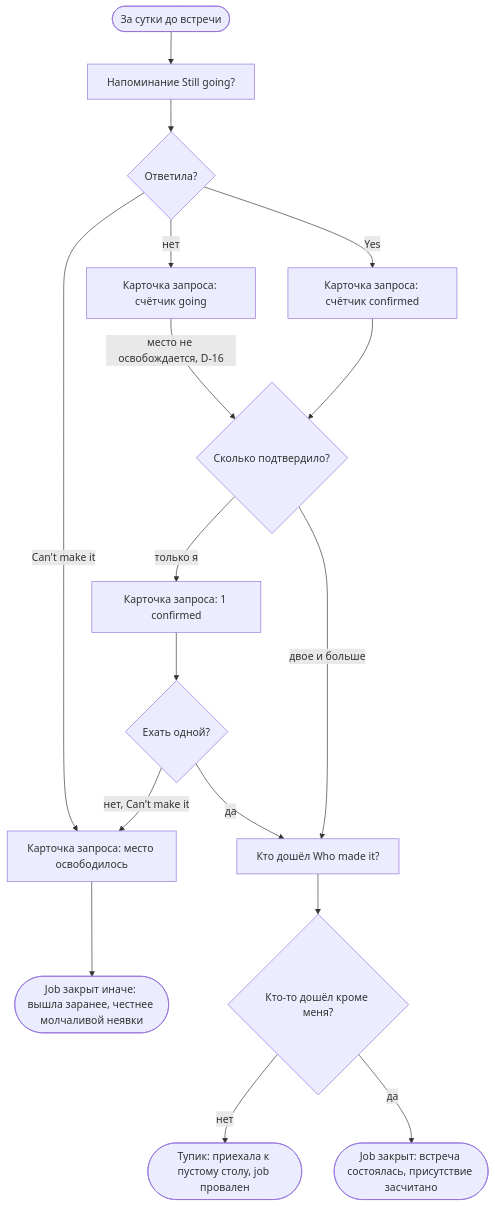
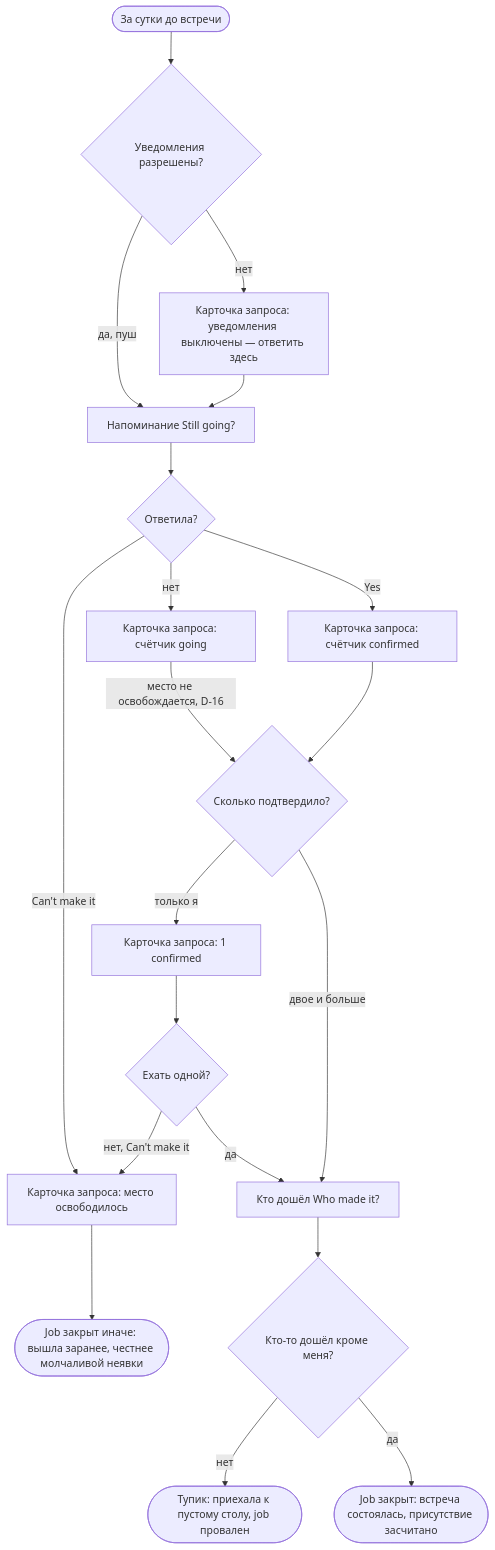
One commit to yulyaklim16-spec/meetmates changed the fifth of 5 diagrams in flows.md. Above: the diagram before and after it, drawn with Mermaid. The commit also changed other lines of this file and 3 other files, not shown here.

````diff
--- a/flows.md
+++ b/flows.md
@@ -650,23 +660,26 @@
 ```mermaid
 flowchart TD
-    Start([За сутки до встречи]) --> Remind[Напоминание Still going?]
+    Start([За сутки до встречи]) --> Notif{Уведомления разрешены?}
+    Notif -->|да, пуш| Remind[Напоминание Still going?]
+    Notif -->|нет| CardRemind["Карточка запроса: уведомления выключены — ответить здесь"]
+    CardRemind --> Remind
     Remind --> Answered{Ответила?}
 
     Answered -->|нет| Silent["Карточка запроса: счётчик going"]
     Answered -->|Can't make it| Freed["Карточка запроса: место освободилось"]
     Freed --> WinHonest(["Job закрыт иначе: вышла заранее, честнее молчаливой неявки"])
     Answered -->|Yes| Confirmed["Карточка запроса: счётчик confirmed"]
 
     Silent -->|место не освобождается, D-16| HowMany{Сколько подтвердило?}
 
     Confirmed --> HowMany
     HowMany -->|только я| Alone["Карточка запроса: 1 confirmed"]
     Alone --> GoAlone{Ехать одной?}
     GoAlone -->|нет, Can't make it| Freed
     GoAlone -->|да| WhoMade
     HowMany -->|двое и больше| WhoMade[Кто дошёл Who made it?]
 
     WhoMade --> AnyoneElse{Кто-то дошёл кроме меня?}
     AnyoneElse -->|нет| StuckEmptyTable(["Тупик: приехала к пустому столу, job провален"])
     AnyoneElse -->|да| Win(["Job закрыт: встреча состоялась, присутствие засчитано"])
 ```
````
